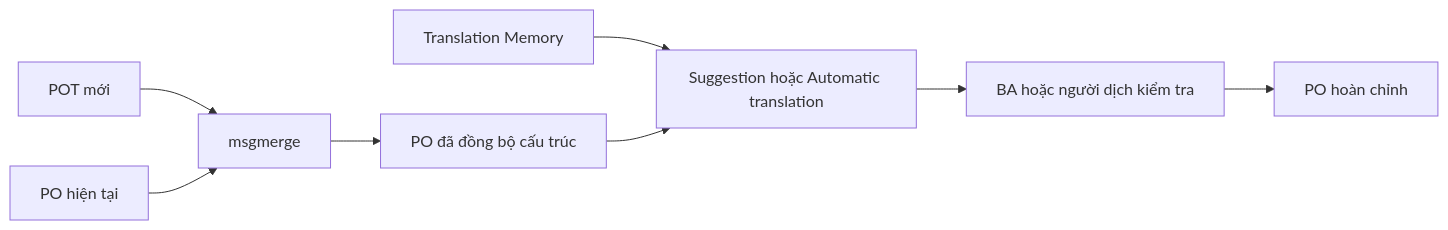
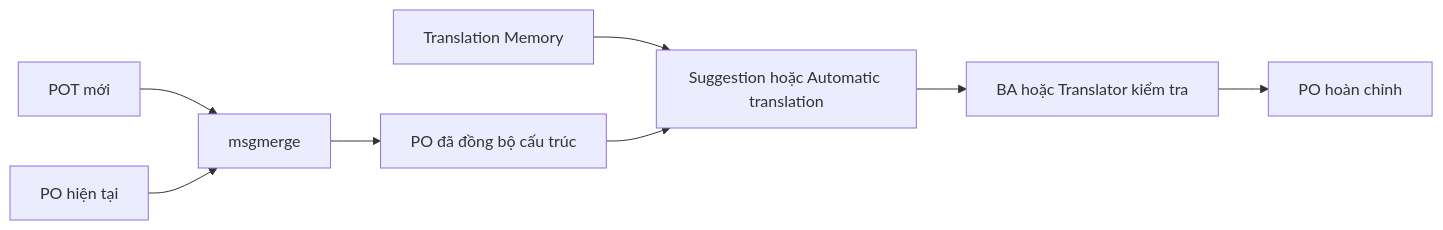
Before and after one commit to linh404/VDX-intern: the fourth of 4 diagrams in weblate/README.md, drawn with Mermaid. The commit also changed other lines of this file, not shown here.

````diff
--- a/weblate/README.md
+++ b/weblate/README.md
@@ -742,13 +659,11 @@
 ```mermaid
 flowchart LR
     A[POT mới] --> B[msgmerge]
     C[PO hiện tại] --> B
-
     B --> D[PO đã đồng bộ cấu trúc]
 
     E[Translation Memory] --> F[Suggestion hoặc Automatic translation]
     D --> F
-
-    F --> G[BA hoặc người dịch kiểm tra]
+    F --> G[BA hoặc Translator kiểm tra]
     G --> H[PO hoàn chỉnh]
 ```
````
